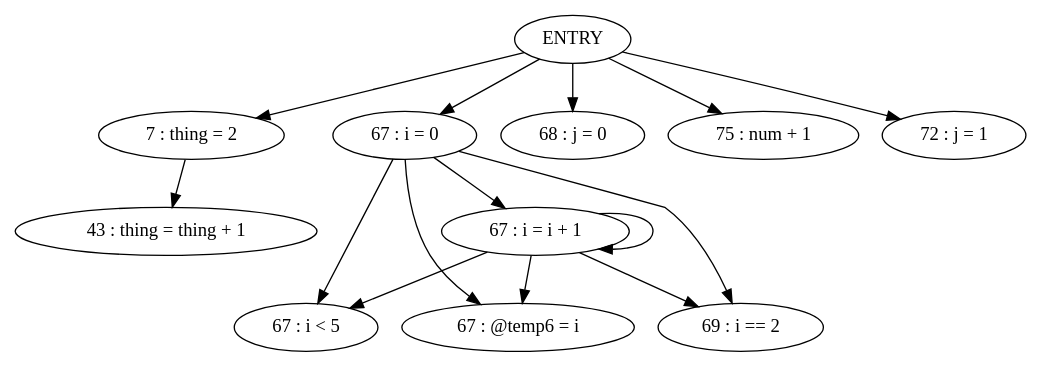
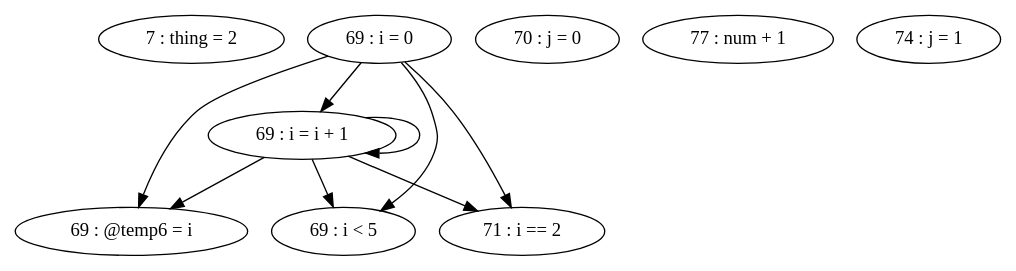
One commit to thomassimko/thesis-code-duplication changed the diagram in pdg/source/testFile-getNum.gv. Above: the diagram before and after it, drawn with Graphviz. The commit also changed 113 other files, not shown here.

```diff
--- a/pdg/source/testFile-getNum.gv
+++ b/pdg/source/testFile-getNum.gv
@@ -1,25 +1,19 @@
 digraph G {
 "7 : thing = 2"
-"7 : thing = 2" -> "43 : thing = thing + 1"
-"67 : i = 0"
-"67 : i = 0" -> "67 : i < 5"
-"67 : i = 0" -> "67 : i = i + 1"
-"67 : i = 0" -> "67 : @temp6 = i"
-"67 : i = 0" -> "69 : i == 2"
-"67 : i < 5"
-"68 : j = 0"
-"69 : i == 2"
-"75 : num + 1"
-"72 : j = 1"
-"67 : @temp6 = i"
-"67 : i = i + 1"
-"67 : i = i + 1" -> "67 : i < 5"
-"67 : i = i + 1" -> "67 : i = i + 1"
-"67 : i = i + 1" -> "67 : @temp6 = i"
-"67 : i = i + 1" -> "69 : i == 2"
-ENTRY -> "7 : thing = 2"
-ENTRY -> "67 : i = 0"
-ENTRY -> "68 : j = 0"
-ENTRY -> "75 : num + 1"
-ENTRY -> "72 : j = 1"
+"69 : i = 0"
+"69 : i = 0" -> "69 : @temp6 = i"
+"69 : i = 0" -> "69 : i = i + 1"
+"69 : i = 0" -> "69 : i < 5"
+"69 : i = 0" -> "71 : i == 2"
+"69 : i < 5"
+"70 : j = 0"
+"71 : i == 2"
+"77 : num + 1"
+"74 : j = 1"
+"69 : @temp6 = i"
+"69 : i = i + 1"
+"69 : i = i + 1" -> "69 : @temp6 = i"
+"69 : i = i + 1" -> "69 : i = i + 1"
+"69 : i = i + 1" -> "69 : i < 5"
+"69 : i = i + 1" -> "71 : i == 2"
 }
```
